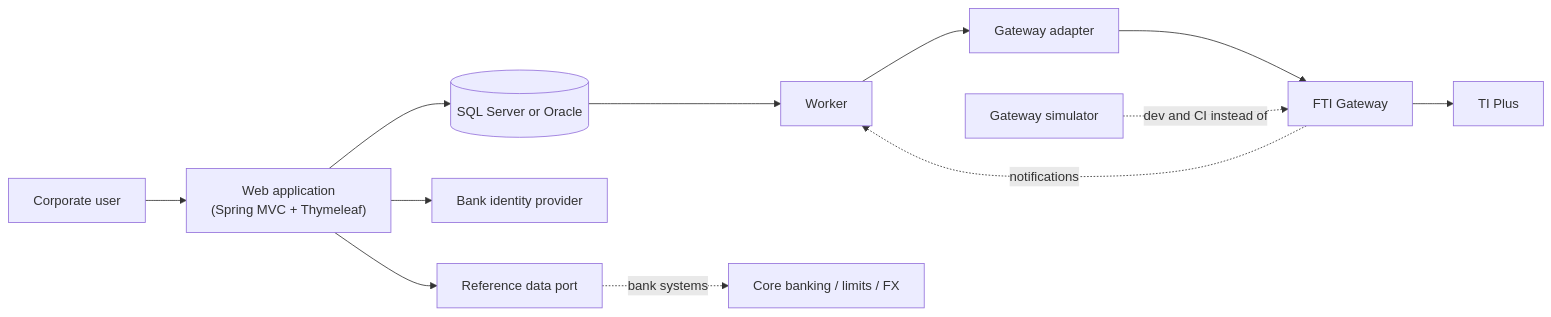
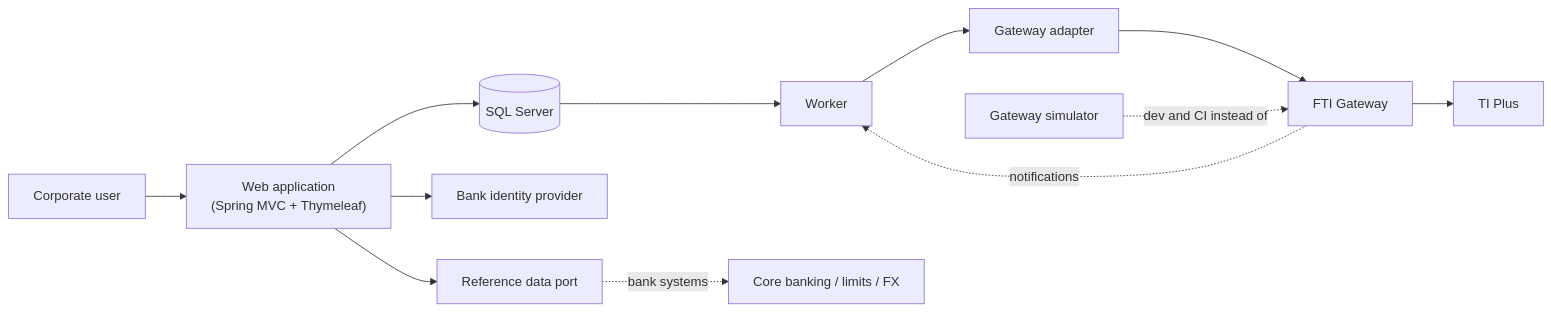
The diagram in docs/architecture/README.md (shamsara73/trade_corporate_channel), drawn with Mermaid before and after one commit. The commit also changed other lines of this file and 7 other files, not shown here.

First line of the commit message:
Use SQL Server and Liquibase; defer Oracle

````diff
--- a/docs/architecture/README.md
+++ b/docs/architecture/README.md
@@ -24,14 +24,14 @@
 ```mermaid
 flowchart LR
     U[Corporate user] --> WEB["Web application<br/>(Spring MVC + Thymeleaf)"]
-    WEB --> DB[("SQL Server or Oracle")]
+    WEB --> DB[("SQL Server")]
     DB --> WRK[Worker]
     WRK --> ADP[Gateway adapter]
     ADP --> GW[FTI Gateway]
     GW --> TI[TI Plus]
     GW -. notifications .-> WRK
     WEB --> IDP[Bank identity provider]
     WEB --> REF[Reference data port]
     REF -. bank systems .-> HOST[Core banking / limits / FX]
     SIM[Gateway simulator] -. dev and CI instead of .-> GW
 ```
````
